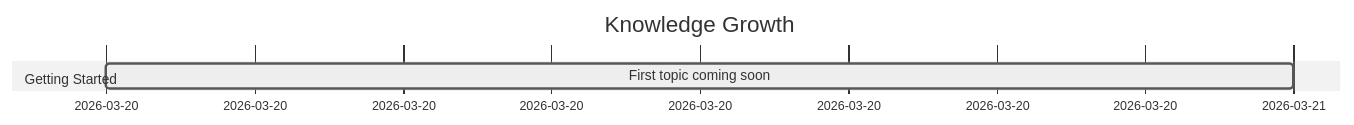
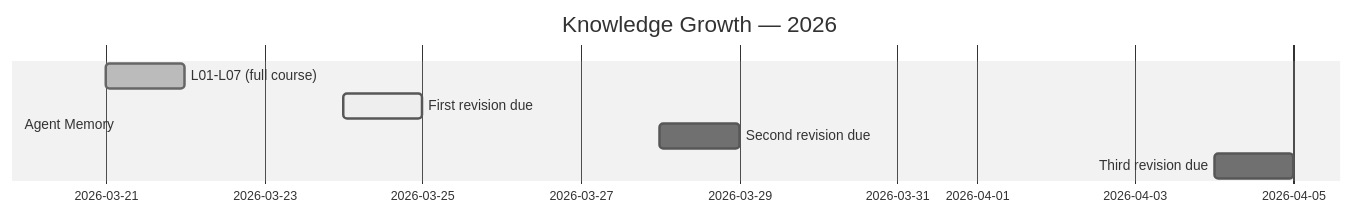
One commit to AyushSonuu/my-memory changed the diagram in _maps/learning-journey.md. Above: the diagram before and after it, drawn with Mermaid (neutral theme). The commit also changed other lines of this file and 8 other files, not shown here.

Commit message:
🗺️ Tier 2 sync: all maps, root README, tech README, due-today, connections, timeline rebuilt

````diff
--- a/_maps/learning-journey.md
+++ b/_maps/learning-journey.md
@@ -6,8 +5,11 @@
 ```mermaid
 gantt
-    title Knowledge Growth
+    title Knowledge Growth — 2026
     dateFormat YYYY-MM-DD
-    
-    section Getting Started
-    First topic coming soon :active, 2026-03-20, 1d
+
+    section Agent Memory
+    L01-L07 (full course)       :done, am, 2026-03-21, 1d
+    First revision due          :active, rev1, 2026-03-24, 1d
+    Second revision due         :rev2, 2026-03-28, 1d
+    Third revision due          :rev3, 2026-04-04, 1d
 ```
````
